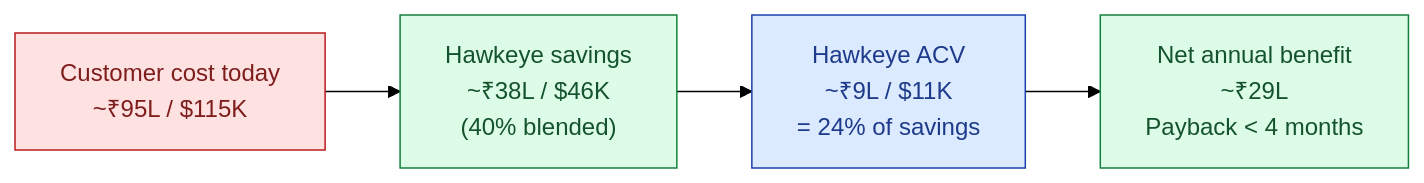
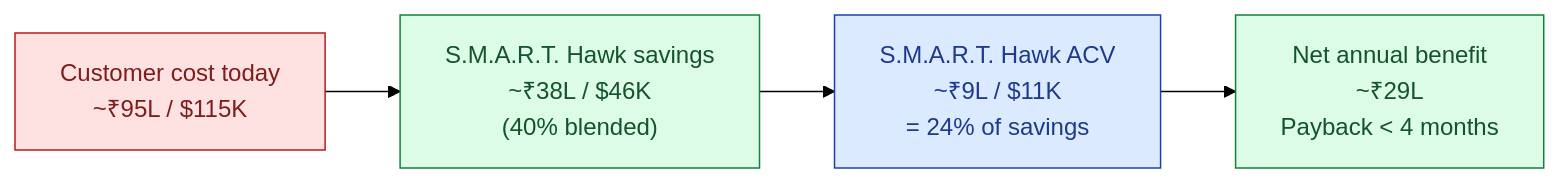
Before and after one commit to hawkeyetransact-dotcom/doc_v2: the fourth of 5 diagrams in 02-fundraising/pitch-deck/INVESTOR-DECK.md, drawn with Mermaid (forest theme). The commit also changed other lines of this file and 105 other files, not shown here.

First line of the commit message:
Rebrand docs: Hawkeye -> S.M.A.R.T. Hawk; S.M.A.R.T. five-pillar pipeline

````diff
--- a/02-fundraising/pitch-deck/INVESTOR-DECK.md
+++ b/02-fundraising/pitch-deck/INVESTOR-DECK.md
@@ -175,13 +175,13 @@
 ```mermaid
 flowchart LR
     classDef cost fill:#FEE2E2,stroke:#B91C1C,color:#7F1D1D
     classDef save fill:#DCFCE7,stroke:#15803D,color:#14532D
     classDef price fill:#DBEAFE,stroke:#1E40AF,color:#1E3A8A
 
     C["Customer cost today<br/>~₹95L / $115K"]:::cost
-    S["Hawkeye savings<br/>~₹38L / $46K<br/>(40% blended)"]:::save
-    P["Hawkeye ACV<br/>~₹9L / $11K<br/>= 24% of savings"]:::price
+    S["S.M.A.R.T. Hawk savings<br/>~₹38L / $46K<br/>(40% blended)"]:::save
+    P["S.M.A.R.T. Hawk ACV<br/>~₹9L / $11K<br/>= 24% of savings"]:::price
     N["Net annual benefit<br/>~₹29L<br/>Payback < 4 months"]:::save
 
     C --> S --> P --> N
 ```
````
